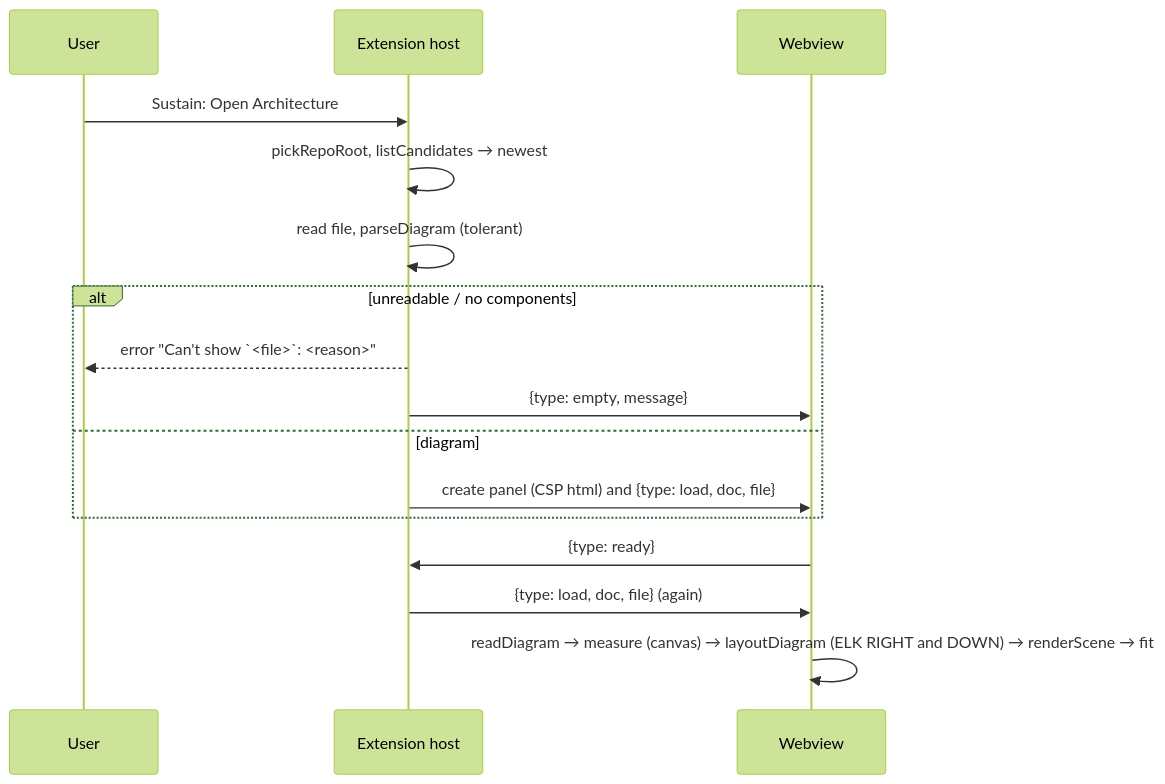
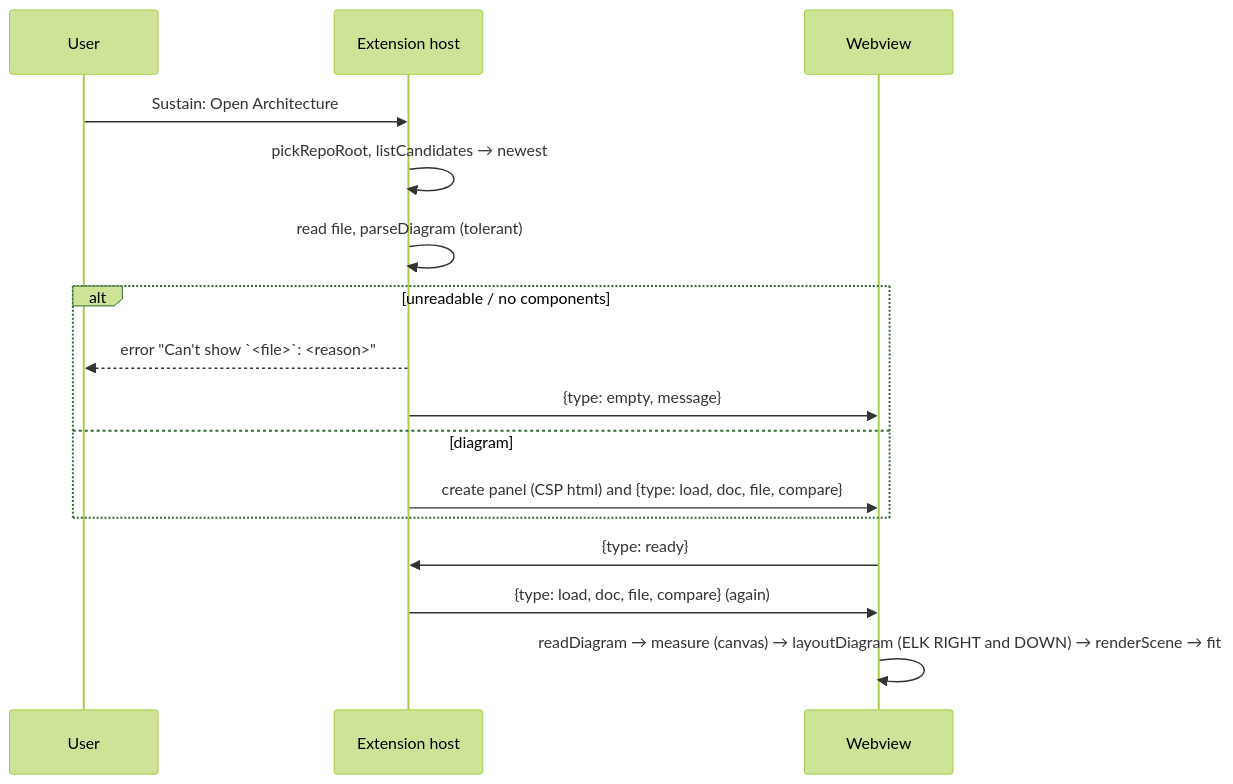
The fifth of 7 diagrams in docs/architecture.md (DennieDan/sustain), drawn with Mermaid (forest theme) before and after one commit. The commit also changed other lines of this file and 45 other files, not shown here.

````diff
--- a/docs/architecture.md
+++ b/docs/architecture.md
@@ -217,18 +222,18 @@
 ```mermaid
 sequenceDiagram
   participant U as User
   participant H as Extension host
   participant W as Webview
   U->>H: Sustain: Open Architecture
   H->>H: pickRepoRoot, listCandidates → newest
   H->>H: read file, parseDiagram (tolerant)
   alt unreadable / no components
     H-->>U: error "Can't show `<file>`: <reason>"
     H->>W: {type: empty, message}
   else diagram
-    H->>W: create panel (CSP html) and {type: load, doc, file}
+    H->>W: create panel (CSP html) and {type: load, doc, file, compare}
   end
   W->>H: {type: ready}
-  H->>W: {type: load, doc, file} (again)
+  H->>W: {type: load, doc, file, compare} (again)
   W->>W: readDiagram → measure (canvas) → layoutDiagram (ELK RIGHT and DOWN) → renderScene → fit
 ```
````
